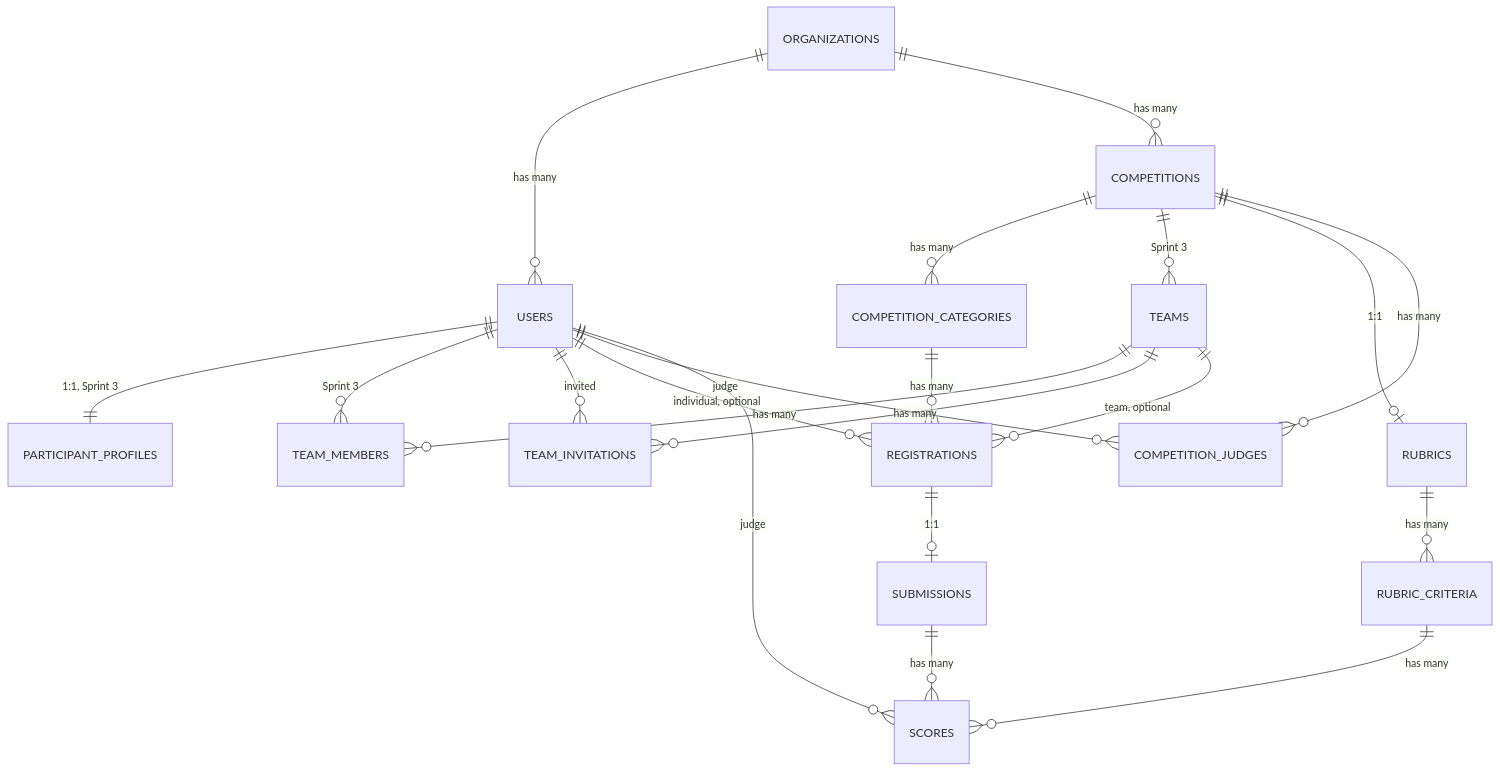
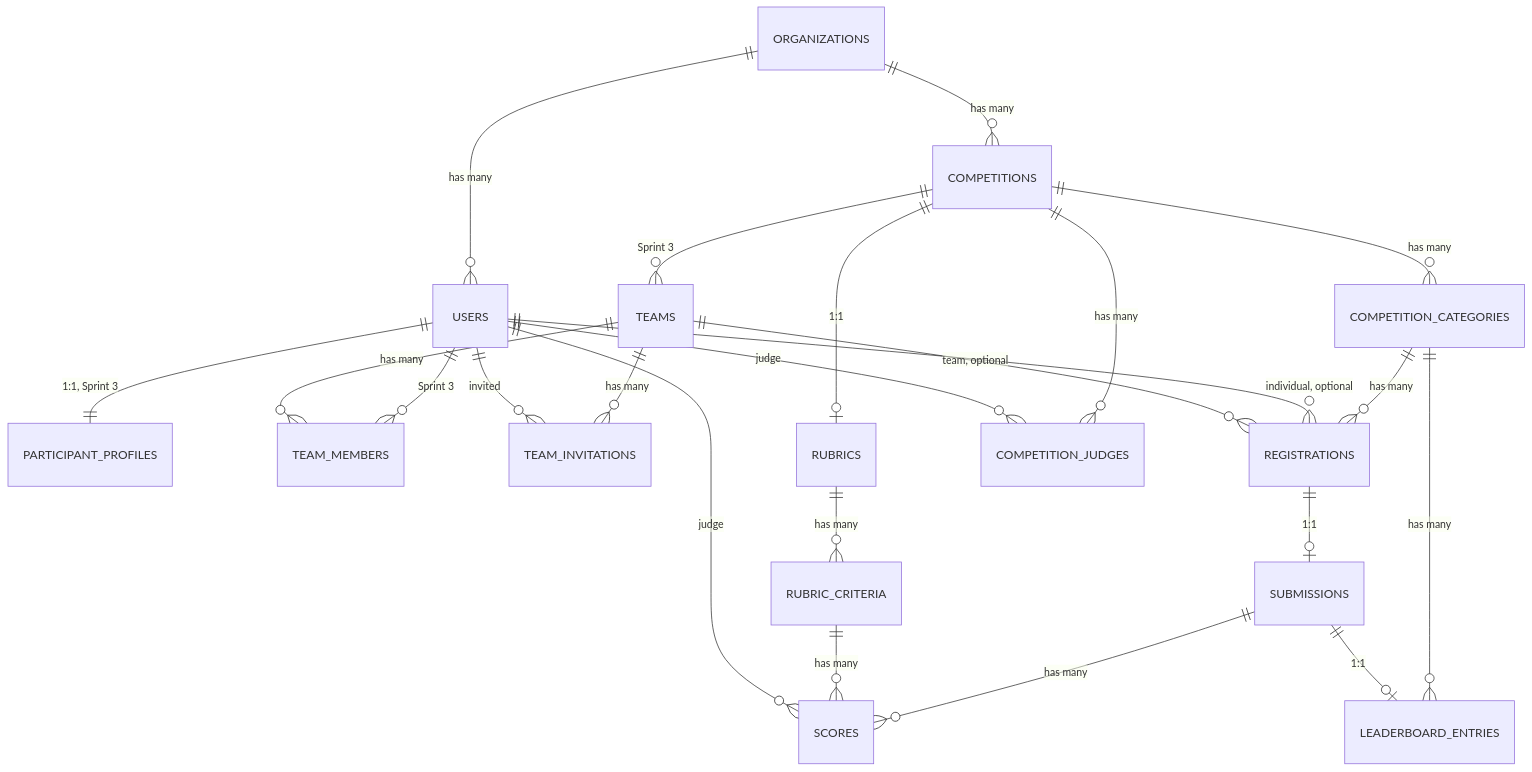
One commit to protex121/competition-management-system changed the diagram in docs/DATABASE.md. Above: the diagram before and after it, drawn with Mermaid. The commit also changed other lines of this file and 7 other files, not shown here.

First line of the commit message:
feat(leaderboard): foundation - migration, model, CompetitionClosed event

````diff
--- a/docs/DATABASE.md
+++ b/docs/DATABASE.md
@@ -16,23 +16,25 @@
 ```mermaid
 erDiagram
     ORGANIZATIONS ||--o{ USERS : "has many"
     ORGANIZATIONS ||--o{ COMPETITIONS : "has many"
     COMPETITIONS ||--o{ COMPETITION_CATEGORIES : "has many"
     COMPETITIONS ||--o{ TEAMS : "Sprint 3"
     USERS ||--|| PARTICIPANT_PROFILES : "1:1, Sprint 3"
     USERS ||--o{ TEAM_MEMBERS : "Sprint 3"
     TEAMS ||--o{ TEAM_MEMBERS : "has many"
     TEAMS ||--o{ TEAM_INVITATIONS : "has many"
     USERS ||--o{ TEAM_INVITATIONS : "invited"
     COMPETITION_CATEGORIES ||--o{ REGISTRATIONS : "has many"
     USERS ||--o{ REGISTRATIONS : "individual, optional"
     TEAMS ||--o{ REGISTRATIONS : "team, optional"
     REGISTRATIONS ||--o| SUBMISSIONS : "1:1"
     COMPETITIONS ||--o| RUBRICS : "1:1"
     RUBRICS ||--o{ RUBRIC_CRITERIA : "has many"
     COMPETITIONS ||--o{ COMPETITION_JUDGES : "has many"
     USERS ||--o{ COMPETITION_JUDGES : "judge"
     SUBMISSIONS ||--o{ SCORES : "has many"
     RUBRIC_CRITERIA ||--o{ SCORES : "has many"
     USERS ||--o{ SCORES : "judge"
+    COMPETITION_CATEGORIES ||--o{ LEADERBOARD_ENTRIES : "has many"
+    SUBMISSIONS ||--o| LEADERBOARD_ENTRIES : "1:1"
 ```
````
